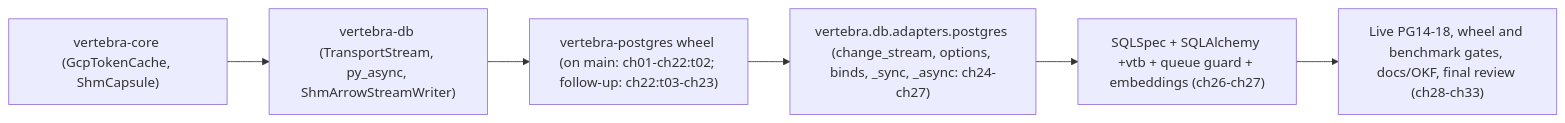
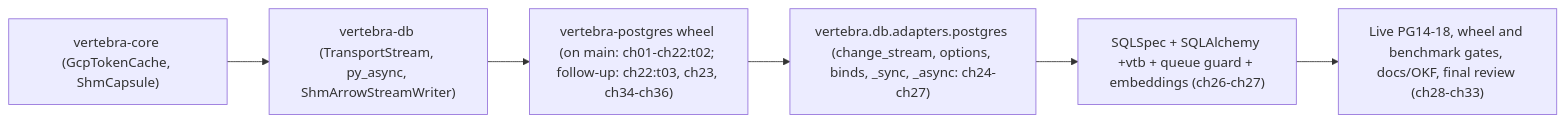
The diagram in .agents/bundles/specs/native-postgres-driver/spec.md (cofin/vertebra), drawn with Mermaid before and after one commit. The commit also changed other lines of this file and 71 other files, not shown here.

````diff
--- a/.agents/bundles/specs/native-postgres-driver/spec.md
+++ b/.agents/bundles/specs/native-postgres-driver/spec.md
@@ -223,8 +226,8 @@
 ```mermaid
 flowchart LR
     Core["vertebra-core (GcpTokenCache, ShmCapsule)"] --> Db["vertebra-db (TransportStream, py_async, ShmArrowStreamWriter)"]
-    Db --> PgRs["vertebra-postgres wheel (on main: ch01-ch22:t02; follow-up: ch22:t03-ch23)"]
+    Db --> PgRs["vertebra-postgres wheel (on main: ch01-ch22:t02; follow-up: ch22:t03, ch23, ch34-ch36)"]
     PgRs --> PyAdapters["vertebra.db.adapters.postgres (change_stream, options, binds, _sync, _async: ch24-ch27)"]
     PyAdapters --> Consumers["SQLSpec + SQLAlchemy +vtb + queue guard + embeddings (ch26-ch27)"]
     Consumers --> Gates["Live PG14-18, wheel and benchmark gates, docs/OKF, final review (ch28-ch33)"]
 ```
````
